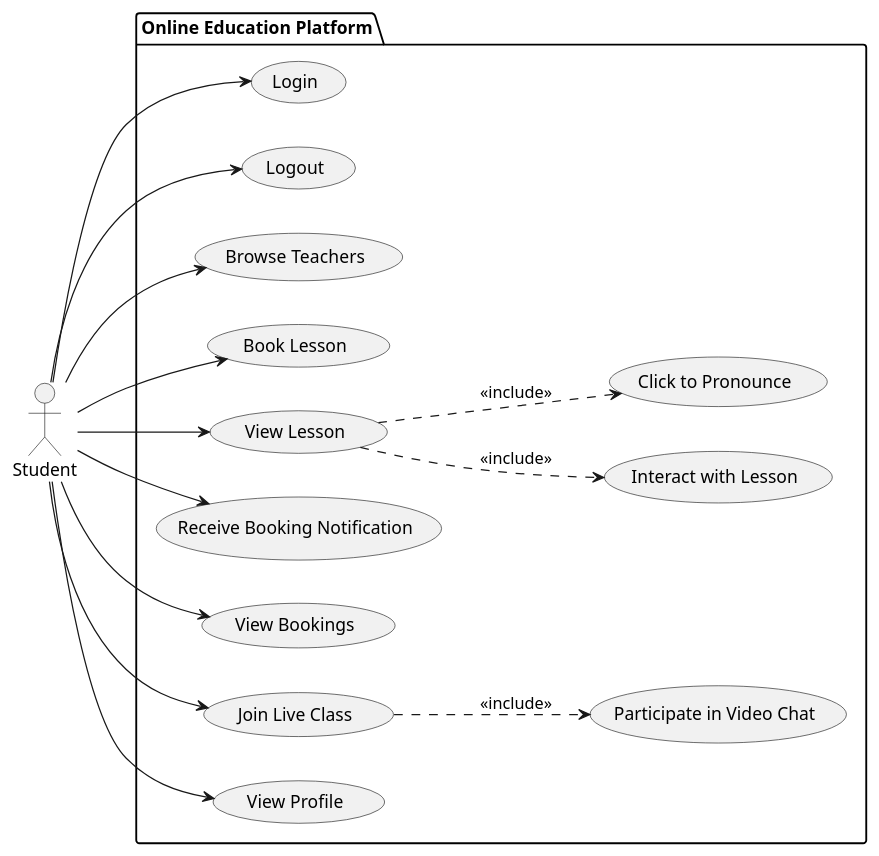
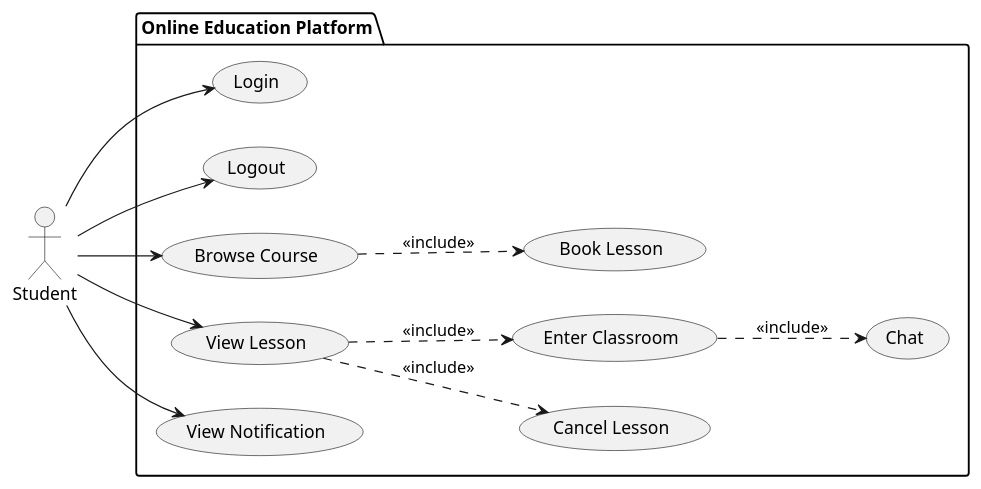
The diagram in uml/StudentUseCases.puml (albert-newton-liu/OnlineEducationPlatform), drawn with PlantUML before and after one commit. The commit also changed 83 other files, not shown here.

```diff
--- a/uml/StudentUseCases.puml
+++ b/uml/StudentUseCases.puml
@@ -4,36 +4,32 @@
 @startuml StudentUseCases
 
 left to right direction
 
 actor Student as student
 
 package "Online Education Platform" {
     usecase "Login" as UC1
     usecase "Logout" as UC2
-    usecase "Browse Teachers" as UC3
+    usecase "Browse Course" as UC3
     usecase "Book Lesson" as UC4
     usecase "View Lesson" as UC5
-    usecase "Interact with Lesson" as UC6
-    usecase "Click to Pronounce" as UC7
+    usecase "Cancel Lesson" as UC6
+    usecase "Enter Classroom" as UC7
 
-    usecase "Receive Booking Notification" as UC8
-    usecase "View Bookings" as UC9
-    usecase "Join Live Class" as UC10
-    usecase "Participate in Video Chat" as UC11
-    usecase "View Profile" as UC12
+    usecase "Chat" as UC8
+    usecase "View Notification" as UC9
 }
 
 student --> UC1
 student --> UC2
 student --> UC3
-student --> UC4
+UC3 ..> UC4 : <<include>>
+
 student --> UC5
 UC5 ..> UC6 : <<include>>
 UC5 ..> UC7 : <<include>>
-student --> UC8
+UC7 ..> UC8 : <<include>>
 student --> UC9
-student --> UC10
-UC10 ..> UC11 : <<include>>
-student --> UC12
+
 
 @enduml
```
